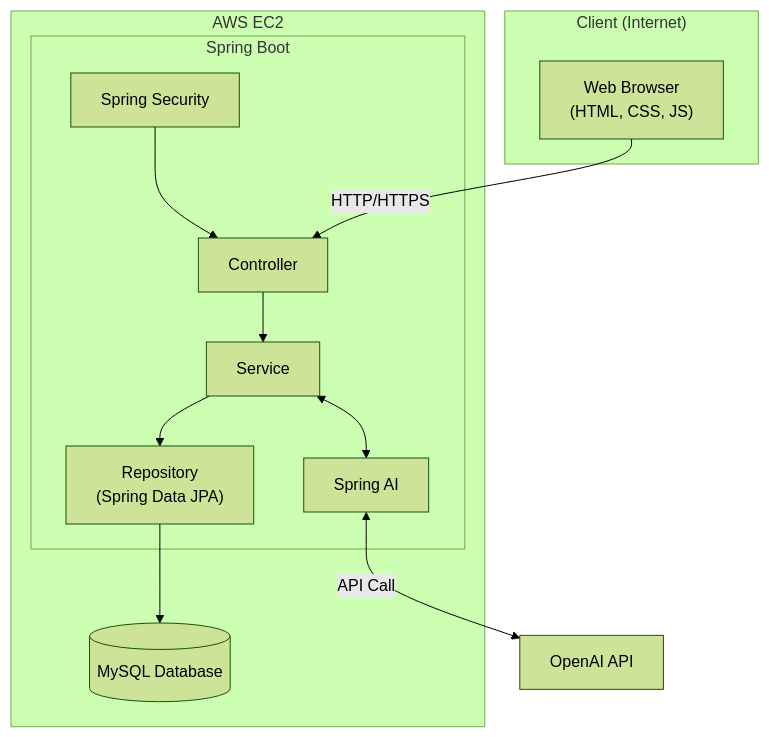
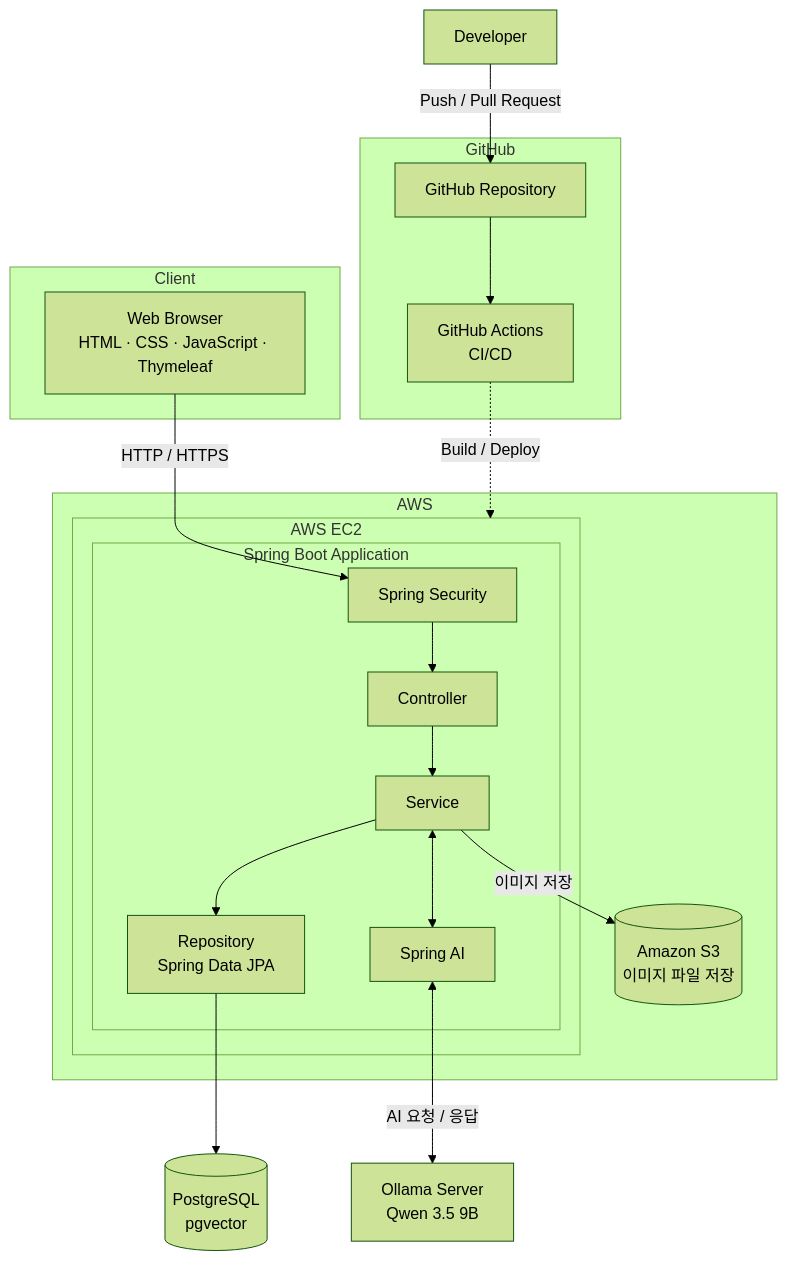
The diagram in README.md (Jyung01/First-day-project), drawn with Mermaid (forest theme) before and after one commit. The commit also changed other lines of this file, not shown here.

````diff
--- a/README.md
+++ b/README.md
@@ -76,29 +114,43 @@
 ```mermaid
 flowchart TB
-    subgraph Client["Client (Internet)"]
-        Browser["Web Browser<br/>(HTML, CSS, JS)"]
+    Developer["Developer"]
+
+    subgraph GitHub["GitHub"]
+        Repository["GitHub Repository"]
+        Actions["GitHub Actions<br/>CI/CD"]
+        Repository --> Actions
     end
 
-    subgraph AWS["AWS EC2"]
-        subgraph App["Spring Boot"]
-            Security["Spring Security"]
-            Controller["Controller"]
-            Service["Service"]
-            Repository["Repository<br/>(Spring Data JPA)"]
-            AI["Spring AI"]
+    subgraph Client["Client"]
+        Browser["Web Browser<br/>HTML · CSS · JavaScript · Thymeleaf"]
+    end
 
-            Security --> Controller
-            Controller --> Service
-            Service --> Repository
-            Service <--> AI
+    subgraph AWS["AWS"]
+        subgraph EC2["AWS EC2"]
+            subgraph Application["Spring Boot Application"]
+                Security["Spring Security"]
+                Controller["Controller"]
+                Service["Service"]
+                DataRepository["Repository<br/>Spring Data JPA"]
+                SpringAI["Spring AI"]
+
+                Security --> Controller
+                Controller --> Service
+                Service --> DataRepository
+                Service <--> SpringAI
+            end
         end
 
-        DB[("MySQL Database")]
+        S3[("Amazon S3<br/>이미지 파일 저장")]
     end
 
-    LLM["OpenAI API"]
+    PostgreSQL[("PostgreSQL<br/>pgvector")]
+    Ollama["Ollama Server<br/>Qwen 3.5 9B"]
 
-    Browser -->|HTTP/HTTPS| Controller
-    Repository --> DB
-    AI <-->|API Call| LLM
+    Developer -->|"Push / Pull Request"| Repository
+    Actions -.->|"Build / Deploy"| Application
+    Browser -->|"HTTP / HTTPS"| Security
+    DataRepository --> PostgreSQL
+    Service -->|"이미지 저장"| S3
+    SpringAI <-->|"AI 요청 / 응답"| Ollama
 ```
````
